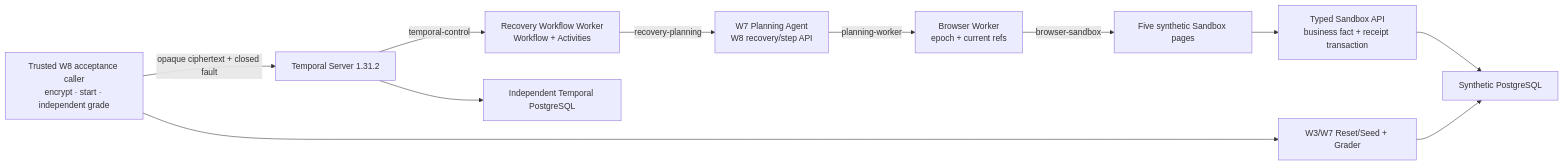
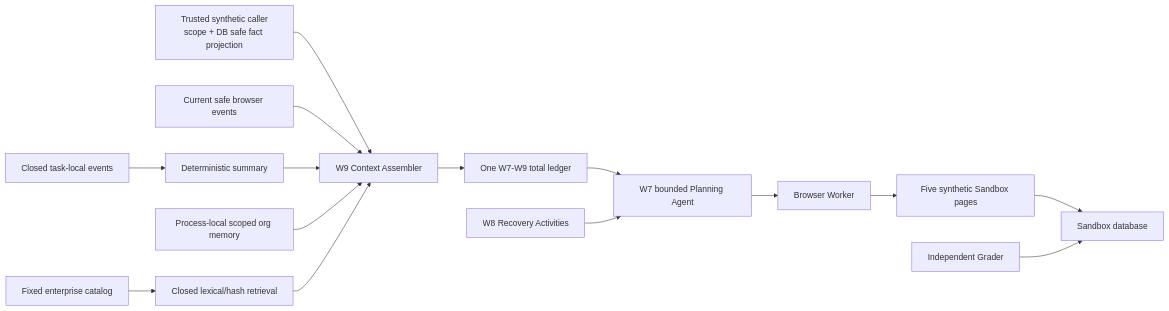
The first of 2 diagrams in docs/architecture.md (taka-wzx/flowpilot-arena), drawn with Mermaid before and after one commit. The commit also changed other lines of this file and 35 other files, not shown here.

Commit message:
feat: add deterministic W9 context

```diff
--- a/docs/architecture.md
+++ b/docs/architecture.md
@@ -11,14 +11,17 @@
 ~~~mermaid
 flowchart LR
-    Caller["Trusted W8 acceptance caller<br/>encrypt · start · independent grade"]
-    Caller -->|"opaque ciphertext + closed fault"| Temporal["Temporal Server 1.31.2"]
-    Temporal -->|"temporal-control"| Recovery["Recovery Workflow Worker<br/>Workflow + Activities"]
-    Recovery -->|"recovery-planning"| Planning["W7 Planning Agent<br/>W8 recovery/step API"]
-    Planning -->|"planning-worker"| Browser["Browser Worker<br/>epoch + current refs"]
-    Browser -->|"browser-sandbox"| Web["Five synthetic Sandbox pages"]
-    Web --> API["Typed Sandbox API<br/>business fact + receipt transaction"]
-    API --> SandboxDB["Synthetic PostgreSQL"]
-    Temporal --> TemporalDB["Independent Temporal PostgreSQL"]
-    Caller --> Arena["W3/W7 Reset/Seed + Grader"]
-    Arena --> SandboxDB
+    Caller["Trusted synthetic caller<br/>scope + DB safe fact projection"] --> Context["W9 Context Assembler"]
+    BrowserMemory["Current safe browser events"] --> Context
+    Session["Closed task-local events"] --> Summary["Deterministic summary"]
+    Summary --> Context
+    Org["Process-local scoped org memory"] --> Context
+    Catalog["Fixed enterprise catalog"] --> Retrieval["Closed lexical/hash retrieval"]
+    Retrieval --> Context
+    Context --> Ledger["One W7-W9 total ledger"]
+    Ledger --> Planning["W7 bounded Planning Agent"]
+    Recovery["W8 Recovery Activities"] --> Planning
+    Planning --> Browser["Browser Worker"]
+    Browser --> Web["Five synthetic Sandbox pages"]
+    Web --> DB["Sandbox database"]
+    Grader["Independent Grader"] --> DB
 ~~~
```
